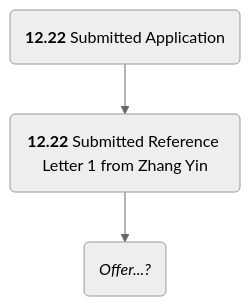
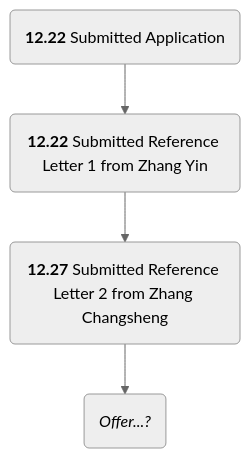
One commit to Revive-dontwanttocode/Revive-dontwanttocode.github.io changed diagram 12 of 14 in _posts/2023-12-15-24Fall申请记录.md. Above: the diagram before and after it, drawn with Mermaid (neutral theme). The commit also changed other lines of this file and 2 other files, not shown here.

````diff
--- a/_posts/2023-12-15-24Fall申请记录.md
+++ b/_posts/2023-12-15-24Fall申请记录.md
@@ -264,11 +269,13 @@
 ```mermaid
 flowchart
 
-SubmittedApplication("`**12.22** Submitted Application`")
+    SubmittedApplication("`**12.22** Submitted Application`")
 
-ReferenceLetter1("`**12.22** Submitted Reference Letter 1 from Zhang Yin`")
+    ReferenceLetter1("`**12.22** Submitted Reference Letter 1 from Zhang Yin`")
 
-Offer("`*Offer...?*`")
+    ReferenceLetter2("`**12.27** Submitted Reference Letter 2 from Zhang Changsheng`")
 
-SubmittedApplication --> ReferenceLetter1 --> Offer
+    Offer("`*Offer...?*`")
+
+    SubmittedApplication --> ReferenceLetter1 --> ReferenceLetter2 --> Offer
 ```
````
